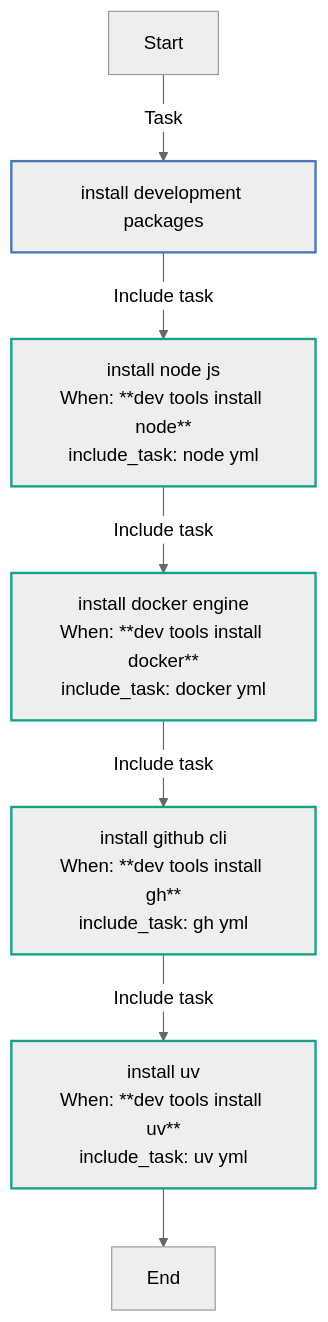
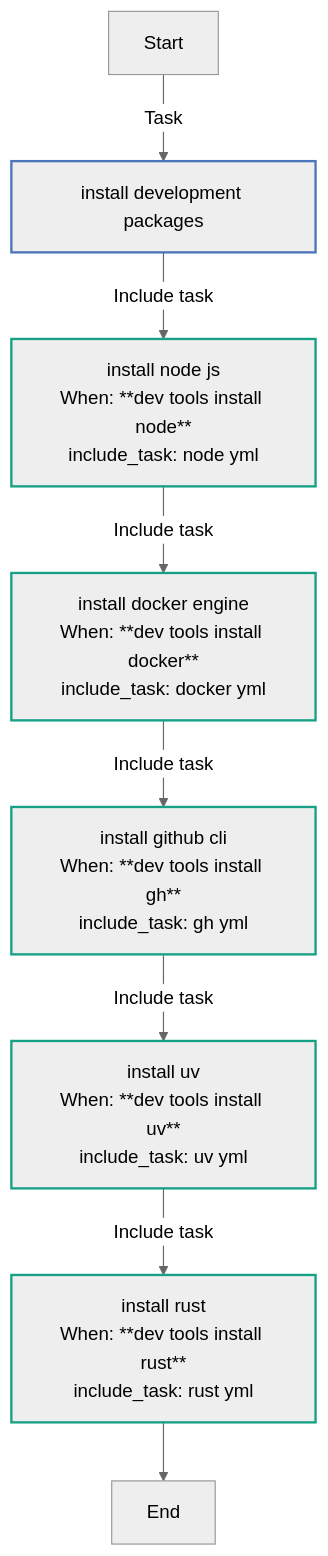
Before and after one commit to kawadeomkar/claude-on-proxmox: the first of 6 diagrams in docs/reference/roles/dev_tools.md, drawn with Mermaid (neutral theme). The commit also changed other lines of this file and 35 other files, not shown here.

````diff
--- a/docs/reference/roles/dev_tools.md
+++ b/docs/reference/roles/dev_tools.md
@@ -48,19 +52,20 @@
 ```mermaid
 flowchart TD
 Start
 classDef block stroke:#3498db,stroke-width:2px;
 classDef task stroke:#4b76bb,stroke-width:2px;
 classDef includeTasks stroke:#16a085,stroke-width:2px;
 classDef importTasks stroke:#34495e,stroke-width:2px;
 classDef includeRole stroke:#2980b9,stroke-width:2px;
 classDef importRole stroke:#699ba7,stroke-width:2px;
 classDef includeVars stroke:#8e44ad,stroke-width:2px;
 classDef rescue stroke:#665352,stroke-width:2px;
 
   Start-->|Task| Install_development_packages0[install development packages]:::task
   Install_development_packages0-->|Include task| Install_Node_js_node_yml_1[install node js<br>When: **dev tools install node**<br>include_task: node yml]:::includeTasks
   Install_Node_js_node_yml_1-->|Include task| Install_Docker_Engine_docker_yml_2[install docker engine<br>When: **dev tools install docker**<br>include_task: docker yml]:::includeTasks
   Install_Docker_Engine_docker_yml_2-->|Include task| Install_GitHub_CLI_gh_yml_3[install github cli<br>When: **dev tools install gh**<br>include_task: gh yml]:::includeTasks
   Install_GitHub_CLI_gh_yml_3-->|Include task| Install_uv_uv_yml_4[install uv<br>When: **dev tools install uv**<br>include_task: uv yml]:::includeTasks
-  Install_uv_uv_yml_4-->End
+  Install_uv_uv_yml_4-->|Include task| Install_Rust_rust_yml_5[install rust<br>When: **dev tools install rust**<br>include_task: rust yml]:::includeTasks
+  Install_Rust_rust_yml_5-->End
 ```
````
